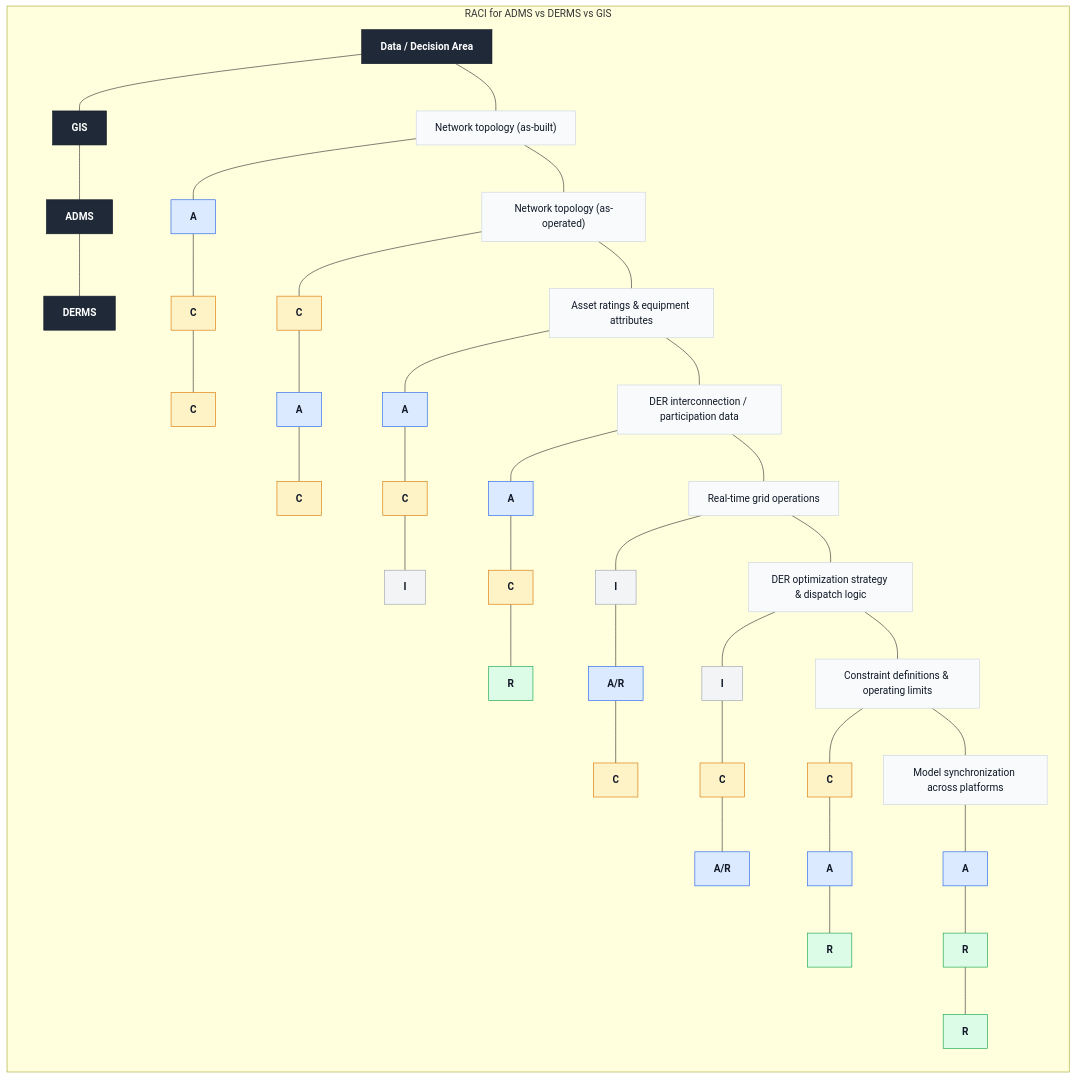
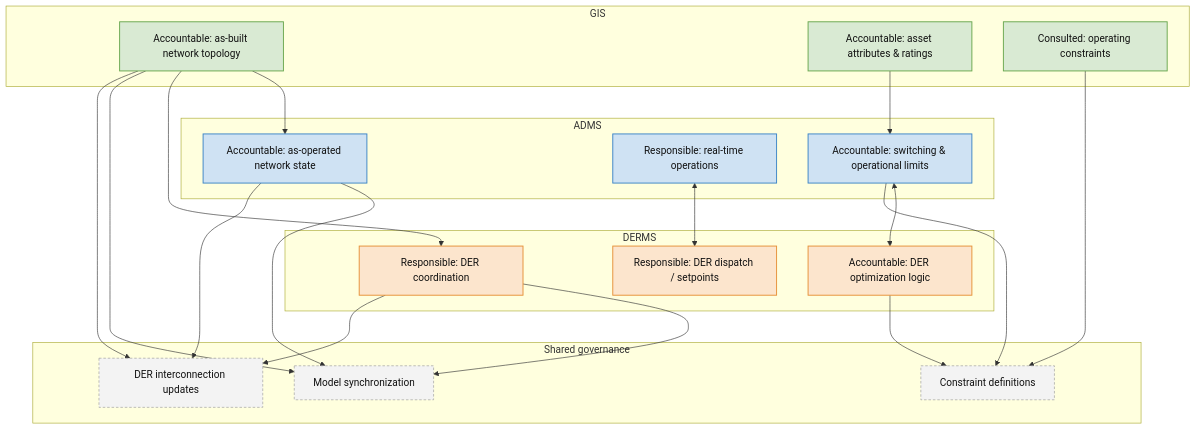
Before and after one commit to joemarshgis/admsreadiness: the diagram in content/posts/2026-05-26-adms-derms-gis-who-owns-what.md, drawn with Mermaid.

````diff
--- a/content/posts/2026-05-26-adms-derms-gis-who-owns-what.md
+++ b/content/posts/2026-05-26-adms-derms-gis-who-owns-what.md
@@ -160,68 +160,55 @@
 ```mermaid
 flowchart TB
-  classDef hdr fill:#1f2937,stroke:#111827,color:#ffffff,font-weight:bold;
-  classDef row fill:#f8fafc,stroke:#cbd5e1,color:#111827;
-  classDef A fill:#dbeafe,stroke:#2563eb,color:#111827,font-weight:bold;
-  classDef R fill:#dcfce7,stroke:#16a34a,color:#111827,font-weight:bold;
-  classDef C fill:#fef3c7,stroke:#d97706,color:#111827,font-weight:bold;
-  classDef I fill:#f3f4f6,stroke:#9ca3af,color:#111827,font-weight:bold;
+  classDef gis fill:#d9ead3,stroke:#6aa84f,color:#111,stroke-width:1.5px;
+  classDef adms fill:#cfe2f3,stroke:#3d85c6,color:#111,stroke-width:1.5px;
+  classDef derms fill:#fce5cd,stroke:#e69138,color:#111,stroke-width:1.5px;
+  classDef shared fill:#f3f3f3,stroke:#999,color:#111,stroke-dasharray: 4 3;
 
-  subgraph raci["RACI for ADMS vs DERMS vs GIS"]
-    direction TB
+  subgraph GIS["GIS"]
+    G1["Accountable: as-built network topology"]
+    G2["Accountable: asset attributes & ratings"]
+    G3["Consulted: operating constraints"]
+  end
 
-    h0["Data / Decision Area"]:::hdr
-    h1["GIS"]:::hdr
-    h2["ADMS"]:::hdr
-    h3["DERMS"]:::hdr
+  subgraph ADMS["ADMS"]
+    A1["Accountable: as-operated network state"]
+    A2["Responsible: real-time operations"]
+    A3["Accountable: switching & operational limits"]
+  end
 
-    r1["Network topology (as-built)"]:::row
-    r1c1["A"]:::A
-    r1c2["C"]:::C
-    r1c3["C"]:::C
+  subgraph DERMS["DERMS"]
+    D1["Responsible: DER coordination"]
+    D2["Accountable: DER optimization logic"]
+    D3["Responsible: DER dispatch / setpoints"]
+  end
 
-    r2["Network topology (as-operated)"]:::row
-    r2c1["C"]:::C
-    r2c2["A"]:::A
-    r2c3["C"]:::C
+  subgraph Shared["Shared governance"]
+    S1["Model synchronization"]
+    S2["DER interconnection updates"]
+    S3["Constraint definitions"]
+  end
 
-    r3["Asset ratings & equipment attributes"]:::row
-    r3c1["A"]:::A
-    r3c2["C"]:::C
-    r3c3["I"]:::I
+  class G1,G2,G3 gis;
+  class A1,A2,A3 adms;
+  class D1,D2,D3 derms;
+  class S1,S2,S3 shared;
 
-    r4["DER interconnection / participation data"]:::row
-    r4c1["A"]:::A
-    r4c2["C"]:::C
-    r4c3["R"]:::R
+  G1 --> A1
+  G2 --> A3
+  G1 --> D1
 
-    r5["Real-time grid operations"]:::row
-    r5c1["I"]:::I
-    r5c2["A/R"]:::A
-    r5c3["C"]:::C
+  A3 <--> D2
+  A2 <--> D3
 
-    r6["DER optimization strategy & dispatch logic"]:::row
-    r6c1["I"]:::I
-    r6c2["C"]:::C
-    r6c3["A/R"]:::A
+  G3 --> S3
+  A3 --> S3
+  D2 --> S3
 
-    r7["Constraint definitions & operating limits"]:::row
-    r7c1["C"]:::C
-    r7c2["A"]:::A
-    r7c3["R"]:::R
+  G1 --> S1
+  A1 --> S1
+  D1 --> S1
 
-    r8["Model synchronization across platforms"]:::row
-    r8c1["A"]:::A
-    r8c2["R"]:::R
-    r8c3["R"]:::R
-
-    h0 --- h1 --- h2 --- h3
-    h0 --- r1 --- r1c1 --- r1c2 --- r1c3
-    r1 --- r2 --- r2c1 --- r2c2 --- r2c3
-    r2 --- r3 --- r3c1 --- r3c2 --- r3c3
-    r3 --- r4 --- r4c1 --- r4c2 --- r4c3
-    r4 --- r5 --- r5c1 --- r5c2 --- r5c3
-    r5 --- r6 --- r6c1 --- r6c2 --- r6c3
-    r6 --- r7 --- r7c1 --- r7c2 --- r7c3
-    r7 --- r8 --- r8c1 --- r8c2 --- r8c3
-  end
+  G1 --> S2
+  D1 --> S2
+  A1 --> S2
 ```
````
